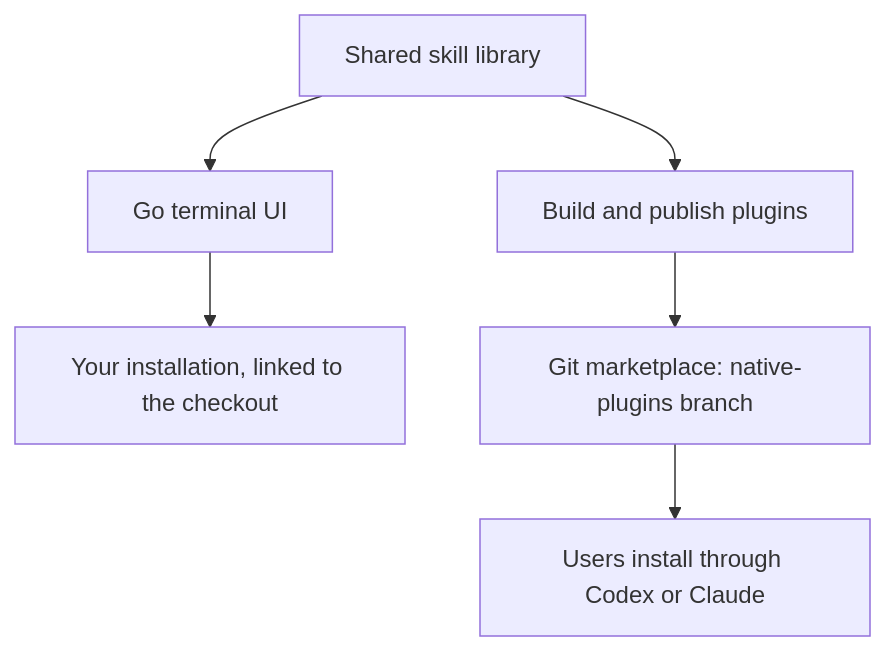
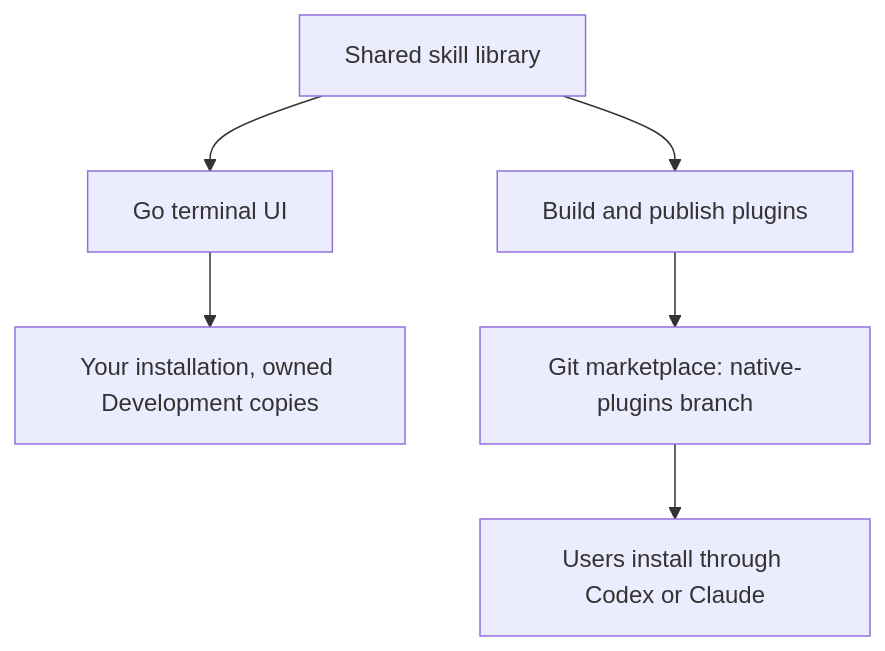
The diagram in docs/overview.md (EimantasZilis/agent-toolkit), drawn with Mermaid before and after one commit. The commit also changed other lines of this file and 12 other files, not shown here.

````diff
--- a/docs/overview.md
+++ b/docs/overview.md
@@ -12,8 +12,8 @@
 ```mermaid
 flowchart TD
     source["Shared skill library"] --> local["Go terminal UI"]
     source --> publish["Build and publish plugins"]
-    local --> yours["Your installation, linked to the checkout"]
+    local --> yours["Your installation, owned Development copies"]
     publish --> marketplace["Git marketplace: native-plugins branch"]
     marketplace --> users["Users install through Codex or Claude"]
 ```
````
